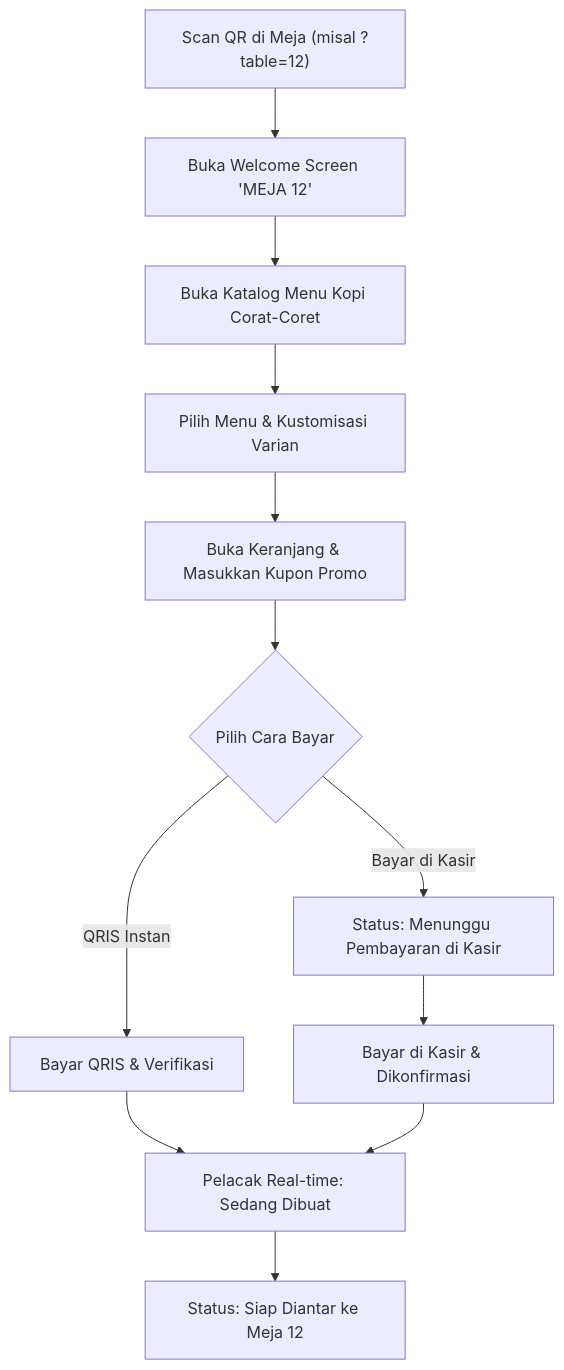
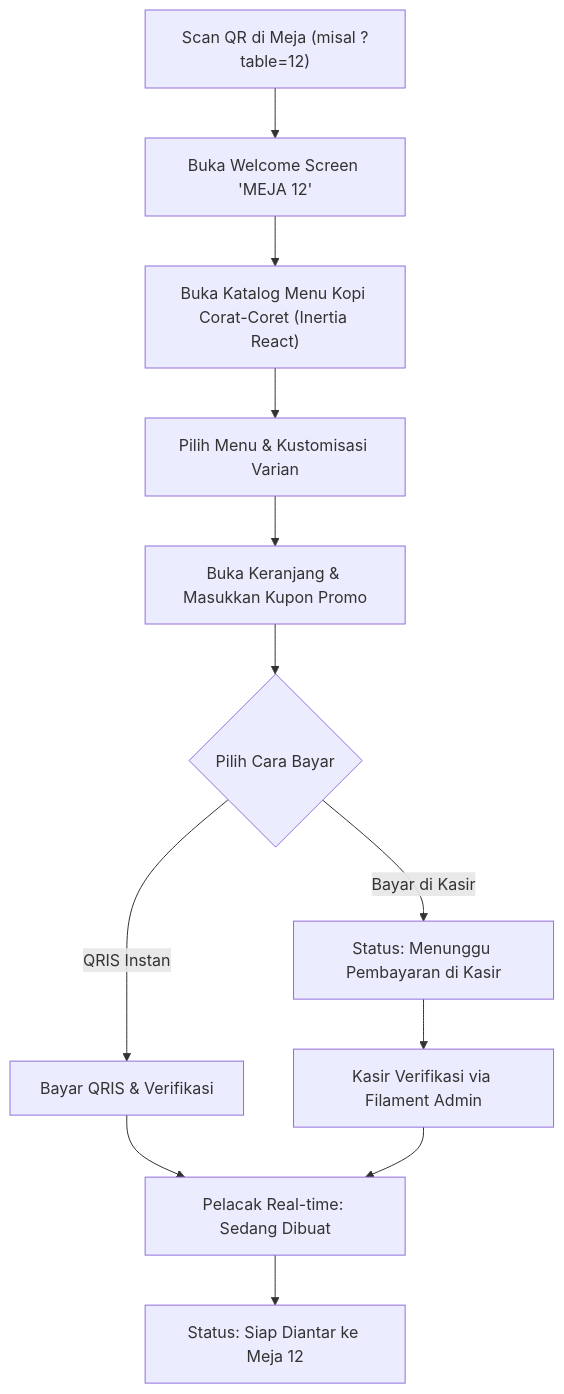
One commit to m-dzikri/self-order-app changed the first of 3 diagrams in PRD.md. Above: the diagram before and after it, drawn with Mermaid. The commit also changed other lines of this file and 3 other files, not shown here.

Commit message:
CR-001: migrate architecture to Laravel 11+, Inertia React, and Filament Admin v3

````diff
--- a/PRD.md
+++ b/PRD.md
@@ -170,14 +182,14 @@
 ```mermaid
 graph TD
     A["Scan QR di Meja (misal ?table=12)"] --> B["Buka Welcome Screen 'MEJA 12'"]
-    B --> C["Buka Katalog Menu Kopi Corat-Coret"]
+    B --> C["Buka Katalog Menu Kopi Corat-Coret (Inertia React)"]
     C --> D["Pilih Menu & Kustomisasi Varian"]
     D --> E["Buka Keranjang & Masukkan Kupon Promo"]
     E --> F{"Pilih Cara Bayar"}
     F -->|"QRIS Instan"| G["Bayar QRIS & Verifikasi"]
     F -->|"Bayar di Kasir"| H["Status: Menunggu Pembayaran di Kasir"]
-    H --> I["Bayar di Kasir & Dikonfirmasi"]
+    H --> I["Kasir Verifikasi via Filament Admin"]
     G --> J["Pelacak Real-time: Sedang Dibuat"]
     I --> J
     J --> K["Status: Siap Diantar ke Meja 12"]
 ```
````
